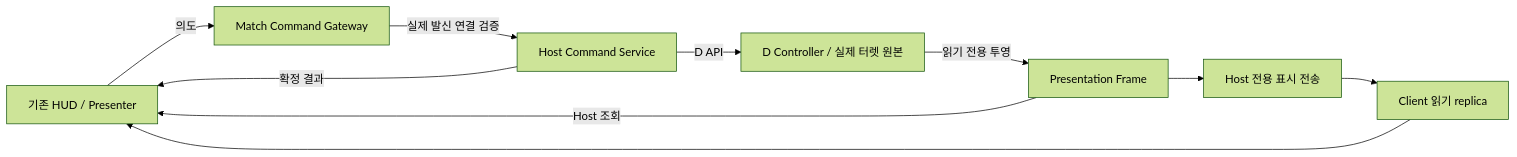
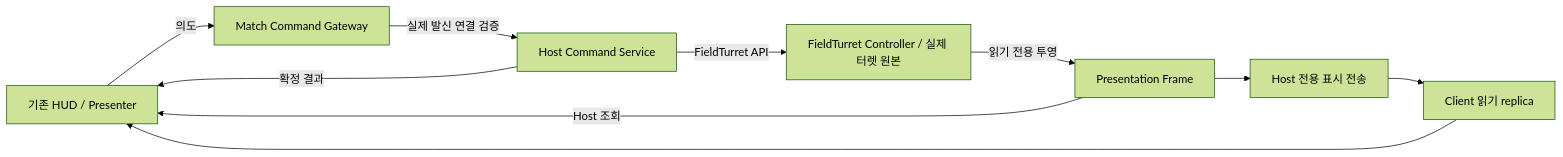
The second of 2 diagrams in Docs/architecture/core-sprint-region-and-request-api.md (Team-HJD-21/unity-6-the-developer), drawn with Mermaid (forest theme) before and after one commit. The commit also changed other lines of this file and 17 other files, not shown here.

````diff
--- a/Docs/architecture/core-sprint-region-and-request-api.md
+++ b/Docs/architecture/core-sprint-region-and-request-api.md
@@ -155,12 +155,12 @@
 ```mermaid
 flowchart LR
     HUD[기존 HUD / Presenter] -->|의도| G[Match Command Gateway]
     G -->|실제 발신 연결 검증| S[Host Command Service]
-    S -->|D API| D[D Controller / 실제 터렛 원본]
+    S -->|FieldTurret API| D[FieldTurret Controller / 실제 터렛 원본]
     D -->|읽기 전용 투영| F[Presentation Frame]
     F -->|Host 조회| HUD
     F --> N[Host 전용 표시 전송]
     N --> R[Client 읽기 replica]
     R --> HUD
     S -->|확정 결과| HUD
 ```
````
